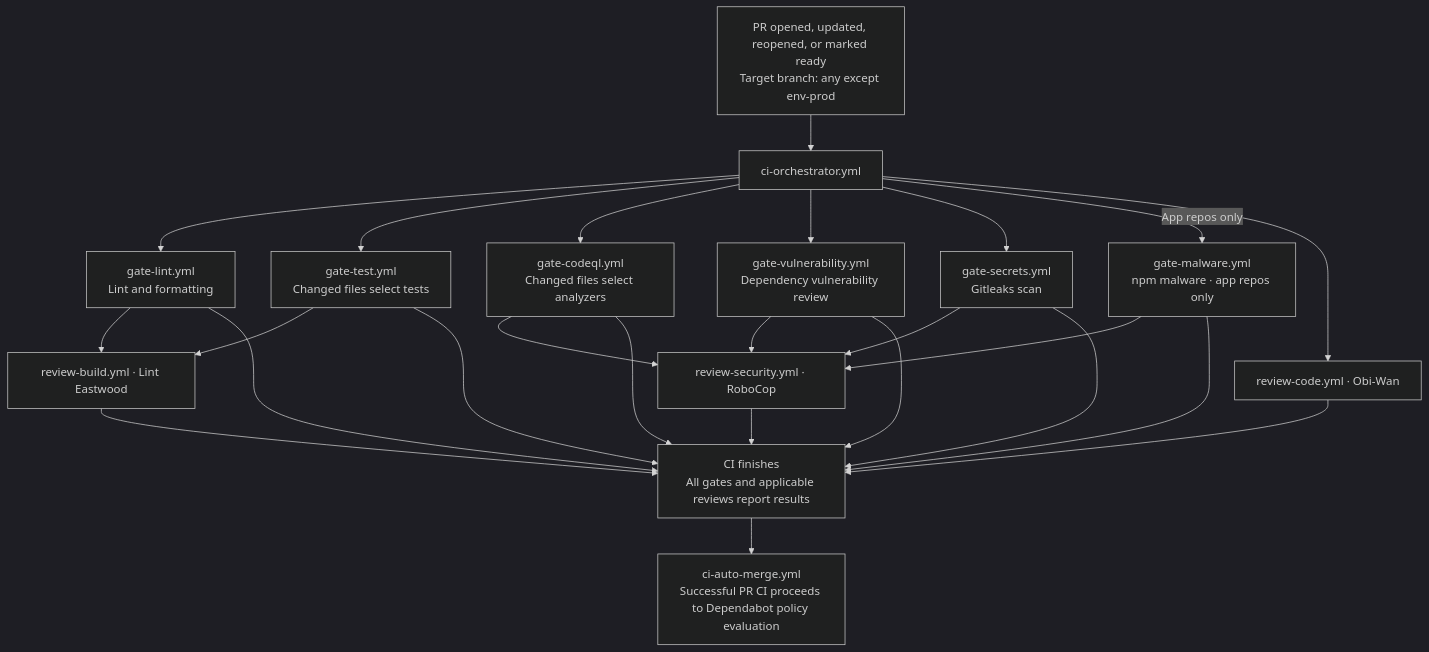
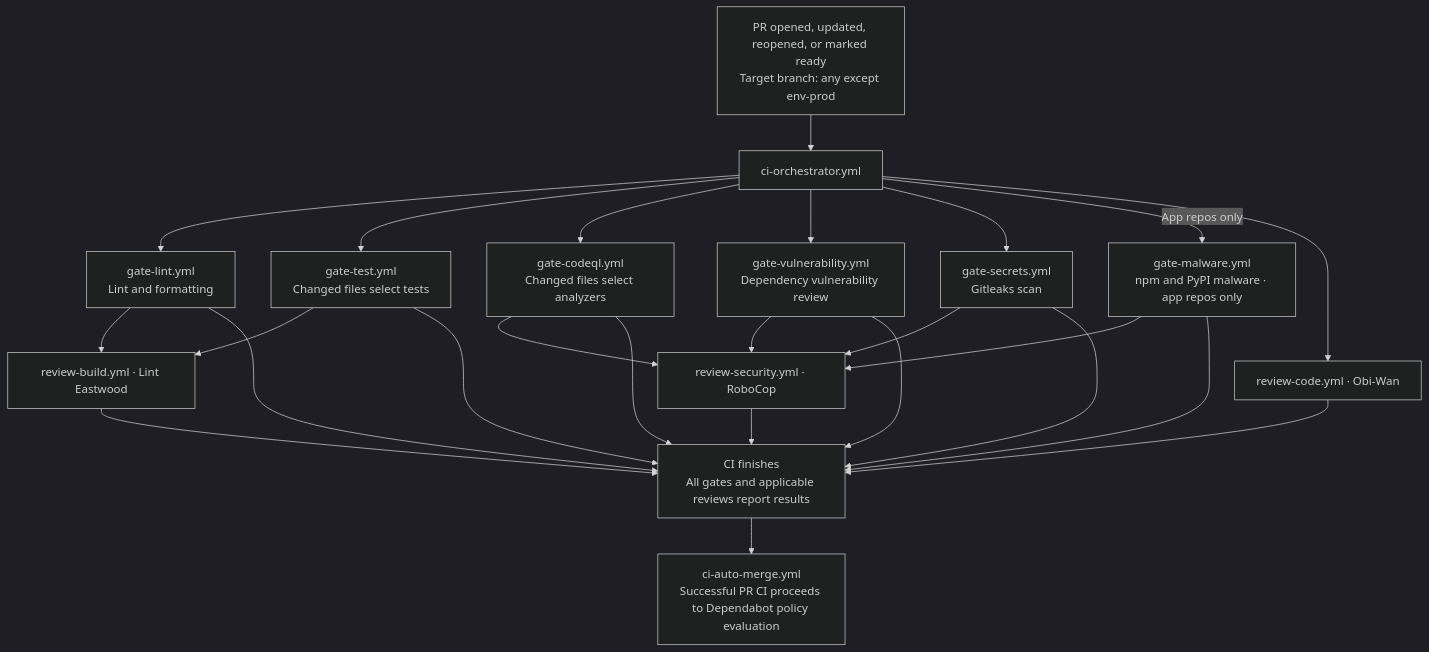
One commit to VanillaIceCube/MacroMapper changed the first of 4 diagrams in .github/workflows/README.md. Above: the diagram before and after it, drawn with Mermaid (dark theme). The commit also changed other lines of this file and 7 other files, not shown here.

````diff
--- a/.github/workflows/README.md
+++ b/.github/workflows/README.md
@@ -555,26 +567,26 @@
 ```mermaid
 flowchart TD
     PR["PR opened, updated, reopened, or marked ready<br/>Target branch: any except env-prod"]
     CI["ci-orchestrator.yml"]
     L["gate-lint.yml<br/>Lint and formatting"]
     T["gate-test.yml<br/>Changed files select tests"]
     Q["gate-codeql.yml<br/>Changed files select analyzers"]
     V["gate-vulnerability.yml<br/>Dependency vulnerability review"]
-    M["gate-malware.yml<br/>npm malware · app repos only"]
+    M["gate-malware.yml<br/>npm and PyPI malware · app repos only"]
     S["gate-secrets.yml<br/>Gitleaks scan"]
     RC["review-code.yml · Obi-Wan"]
     RB["review-build.yml · Lint Eastwood"]
     RS["review-security.yml · RoboCop"]
     DONE["CI finishes<br/>All gates and applicable reviews report results"]
     AUTO["ci-auto-merge.yml<br/>Successful PR CI proceeds to Dependabot policy evaluation"]
     PR --> CI
     CI --> L & T & Q & V & S
     CI -->|"App repos only"| M
     CI --> RC
     L & T --> RB
     Q & V & S --> RS
     M --> RS
     L & T & Q & V & M & S --> DONE
     RC & RB & RS --> DONE
     DONE --> AUTO
 ```
````
